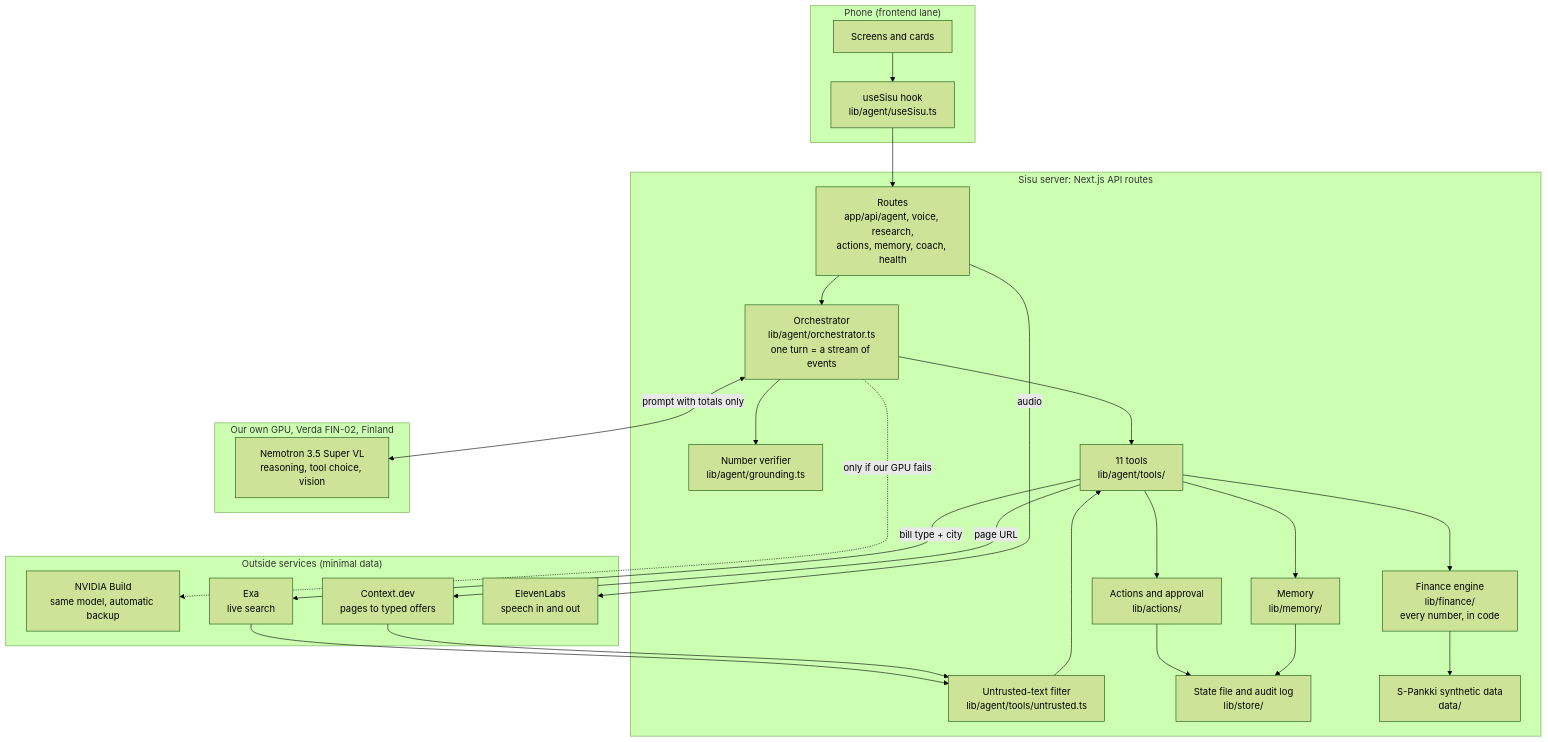
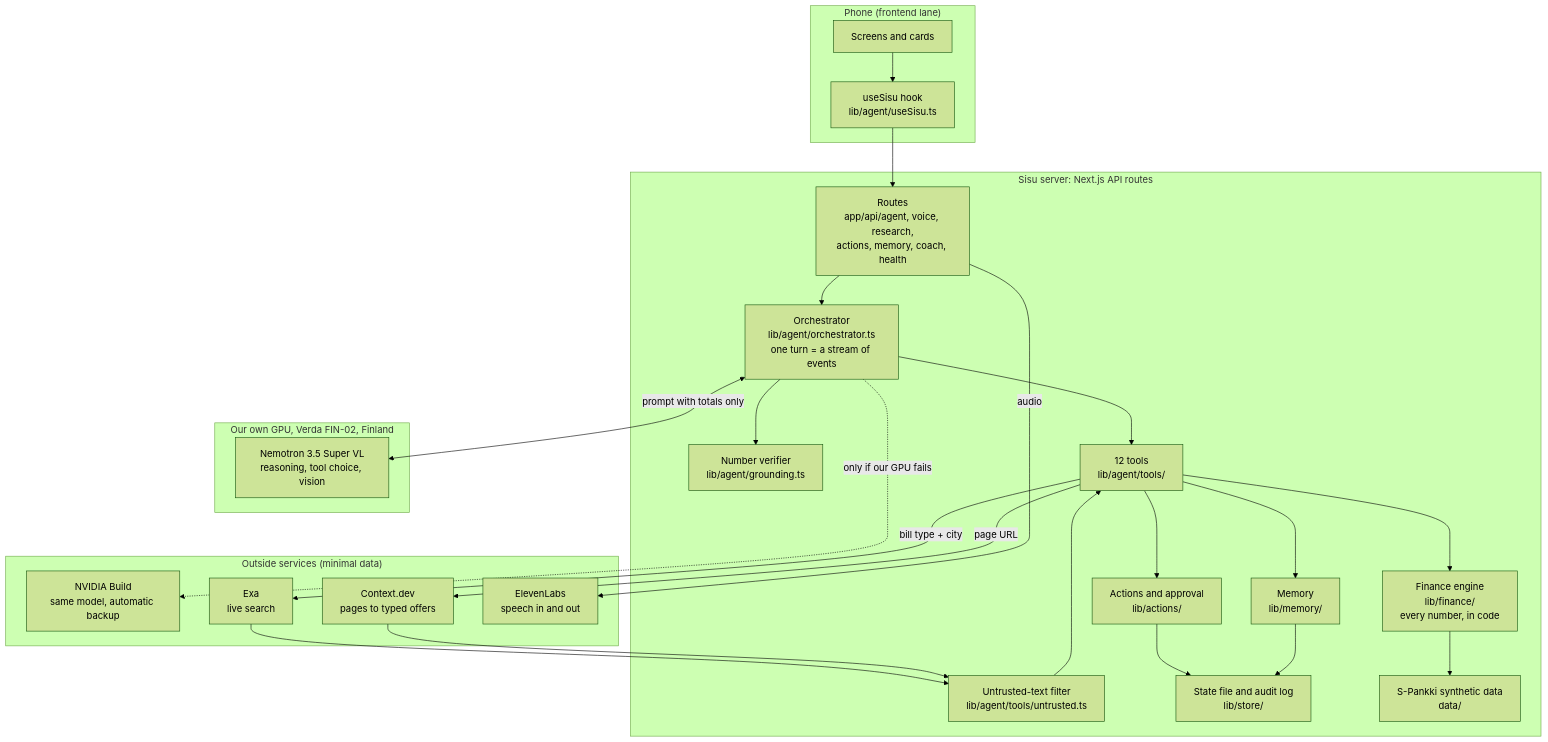
One commit to Junction-2026-NMA/junction-2026 changed the diagram in docs/SISU_ARCHITECTURE_EXPLAINED.md. Above: the diagram before and after it, drawn with Mermaid (forest theme). The commit also changed other lines of this file and 7 other files, not shown here.

````diff
--- a/docs/SISU_ARCHITECTURE_EXPLAINED.md
+++ b/docs/SISU_ARCHITECTURE_EXPLAINED.md
@@ -17,46 +17,46 @@
 ```mermaid
 flowchart TB
   subgraph phone["Phone (frontend lane)"]
     ui["Screens and cards"]
     hook["useSisu hook<br/>lib/agent/useSisu.ts"]
   end
 
   subgraph server["Sisu server: Next.js API routes"]
     routes["Routes<br/>app/api/agent, voice, research,<br/>actions, memory, coach, health"]
     orch["Orchestrator<br/>lib/agent/orchestrator.ts<br/>one turn = a stream of events"]
     verify["Number verifier<br/>lib/agent/grounding.ts"]
-    tools["11 tools<br/>lib/agent/tools/"]
+    tools["12 tools<br/>lib/agent/tools/"]
     guard["Untrusted-text filter<br/>lib/agent/tools/untrusted.ts"]
     fin["Finance engine<br/>lib/finance/<br/>every number, in code"]
     act["Actions and approval<br/>lib/actions/"]
     mem["Memory<br/>lib/memory/"]
     store["State file and audit log<br/>lib/store/"]
     data["S-Pankki synthetic data<br/>data/"]
   end
 
   subgraph verda["Our own GPU, Verda FIN-02, Finland"]
     nemo["Nemotron 3.5 Super VL<br/>reasoning, tool choice, vision"]
   end
 
   subgraph outside["Outside services (minimal data)"]
     backup["NVIDIA Build<br/>same model, automatic backup"]
     exa["Exa<br/>live search"]
     ctx["Context.dev<br/>pages to typed offers"]
     eleven["ElevenLabs<br/>speech in and out"]
   end
 
   ui --> hook --> routes --> orch
   orch <-->|"prompt with totals only"| nemo
   orch -.->|"only if our GPU fails"| backup
   orch --> tools
   tools --> fin --> data
   tools --> act --> store
   tools --> mem --> store
   tools -->|"bill type + city"| exa
   tools -->|"page URL"| ctx
   exa --> guard
   ctx --> guard
   guard --> tools
   orch --> verify
   routes -->|"audio"| eleven
 ```
````
